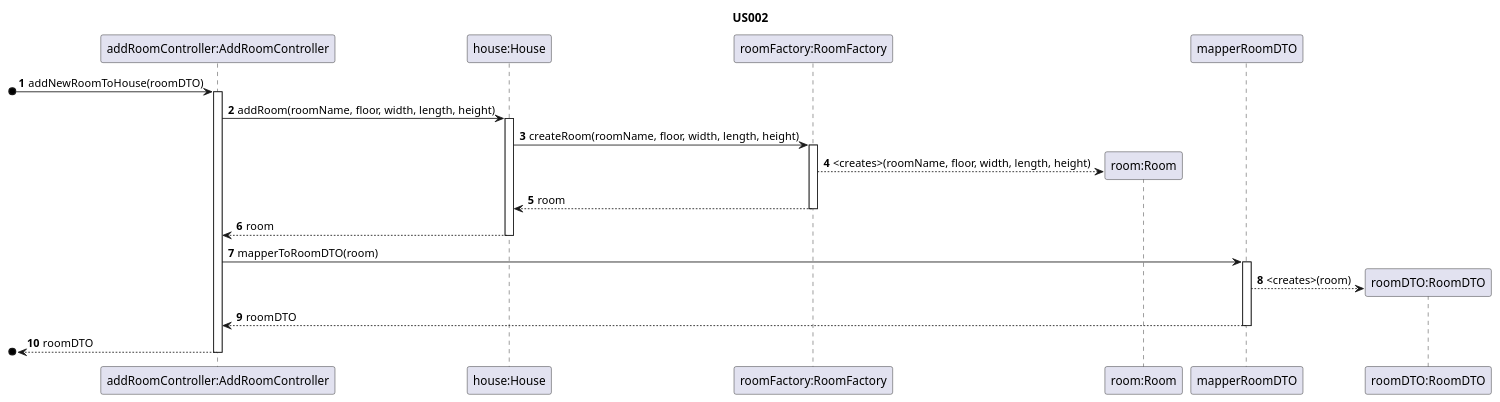
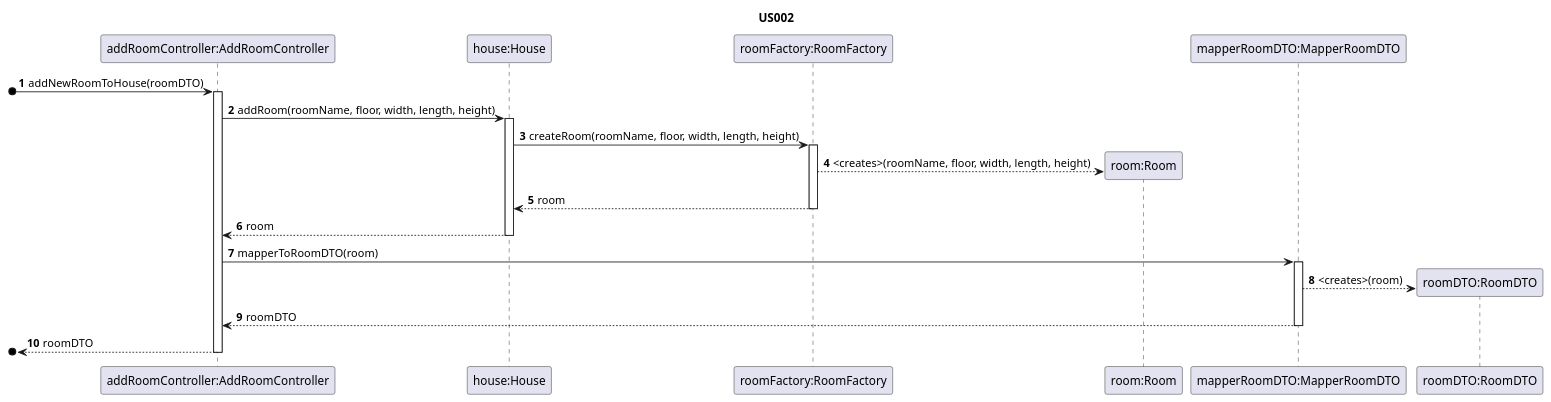
Before and after one commit to ozepedrorodrigues/projetoIntermedio: the diagram in projetoIntermedio/docs/sequence/UserStory002.puml, drawn with PlantUML. The commit also changed 4 other files, not shown here.

Commit message:
updated AddRoomController diagrams

```diff
--- a/projetoIntermedio/docs/sequence/UserStory002.puml
+++ b/projetoIntermedio/docs/sequence/UserStory002.puml
@@ -1,40 +1,40 @@
 @startuml
 
 
 autonumber
 
 title US002
 
 /'As an Administrator, I want to add a new room to the house, in order to
   configure it (name, house floor and dimensions).'/
 
 participant "addRoomController:AddRoomController" as ARC
 participant "house:House" as H
 participant "roomFactory:RoomFactory" as RF
 participant "room:Room" as R
-participant "mapperRoomDTO" as M
+participant "mapperRoomDTO:MapperRoomDTO" as M
 participant "roomDTO:RoomDTO" as DTO
 
 [o-> ARC: addNewRoomToHouse(roomDTO)
 activate ARC
 ARC -> H: addRoom(roomName, floor, width, length, height)
 activate H
 H -> RF: createRoom(roomName, floor, width, length, height)
 activate RF
 RF --> R**: <creates>(roomName, floor, width, length, height)
 H <-- RF: room
 deactivate RF
 H --> ARC: room
 deactivate H
 ARC -> M: mapperToRoomDTO(room)
 activate M
 M --> DTO**: <creates>(room)
 M --> ARC: roomDTO
 deactivate M
 [o<--ARC: roomDTO
 deactivate ARC
 
 
 
 
 @enduml
```
